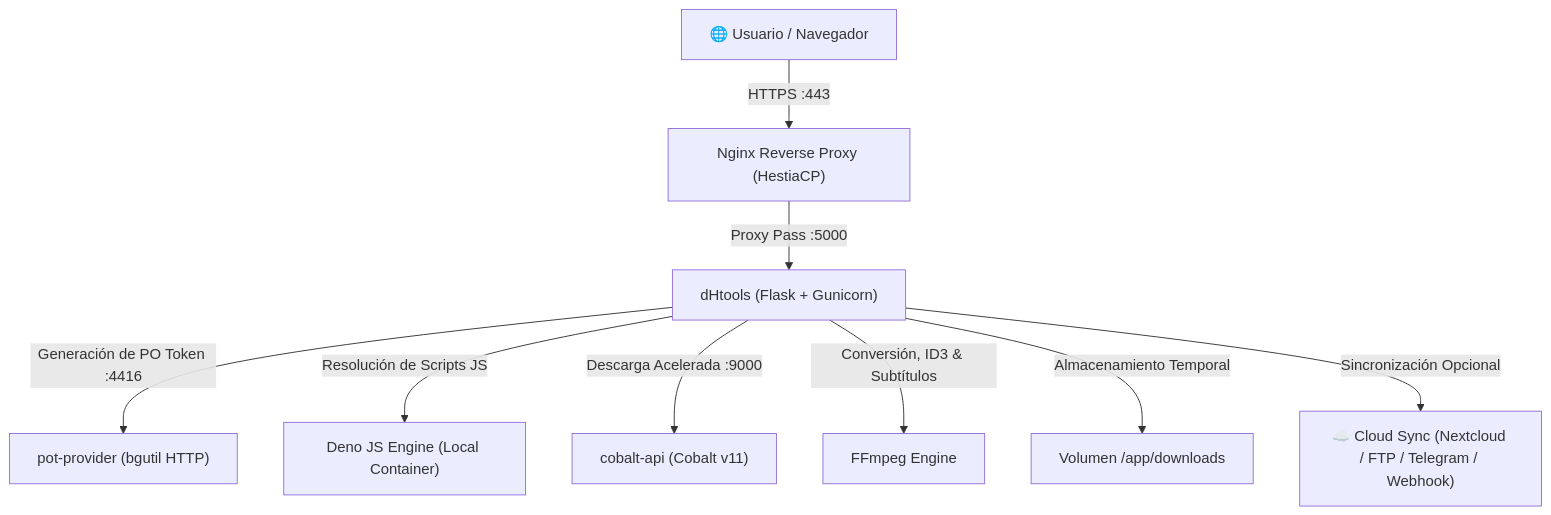
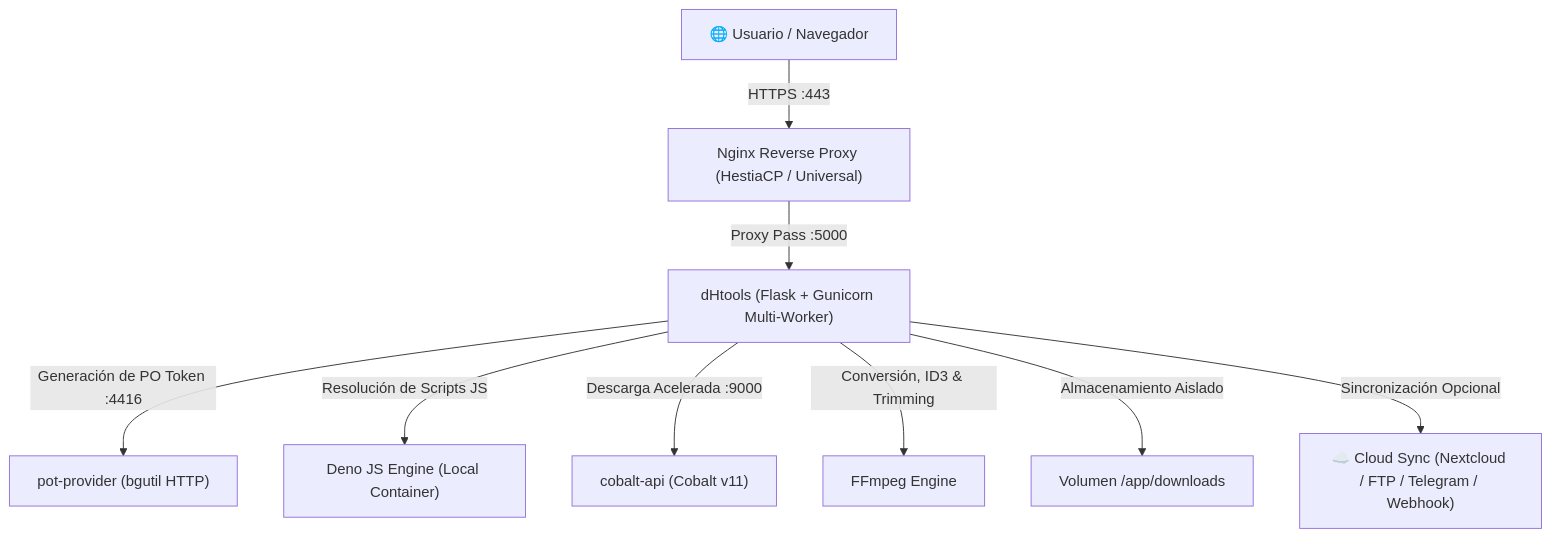
One commit to hernancussit/dHtools changed the second of 3 diagrams in WIKI.md. Above: the diagram before and after it, drawn with Mermaid. The commit also changed other lines of this file and 5 other files, not shown here.

````diff
--- a/WIKI.md
+++ b/WIKI.md
@@ -39,13 +124,13 @@
 ```mermaid
 graph TD
-    Client["🌐 Usuario / Navegador"] -->|HTTPS :443| Nginx["Nginx Reverse Proxy (HestiaCP)"]
-    Nginx -->|Proxy Pass :5000| Flask["dHtools (Flask + Gunicorn)"]
+    Client["🌐 Usuario / Navegador"] -->|HTTPS :443| Nginx["Nginx Reverse Proxy (HestiaCP / Universal)"]
+    Nginx -->|Proxy Pass :5000| Flask["dHtools (Flask + Gunicorn Multi-Worker)"]
     
     Flask -->|Generación de PO Token :4416| PotProvider["pot-provider (bgutil HTTP)"]
     Flask -->|Resolución de Scripts JS| Deno["Deno JS Engine (Local Container)"]
     Flask -->|Descarga Acelerada :9000| Cobalt["cobalt-api (Cobalt v11)"]
-    Flask -->|Conversión, ID3 & Subtítulos| FFmpeg["FFmpeg Engine"]
+    Flask -->|Conversión, ID3 & Trimming| FFmpeg["FFmpeg Engine"]
     
-    Flask -->|Almacenamiento Temporal| Disk["Volumen /app/downloads"]
+    Flask -->|Almacenamiento Aislado| Disk["Volumen /app/downloads"]
     Flask -->|Sincronización Opcional| Cloud["☁️ Cloud Sync (Nextcloud / FTP / Telegram / Webhook)"]
 ```
````
